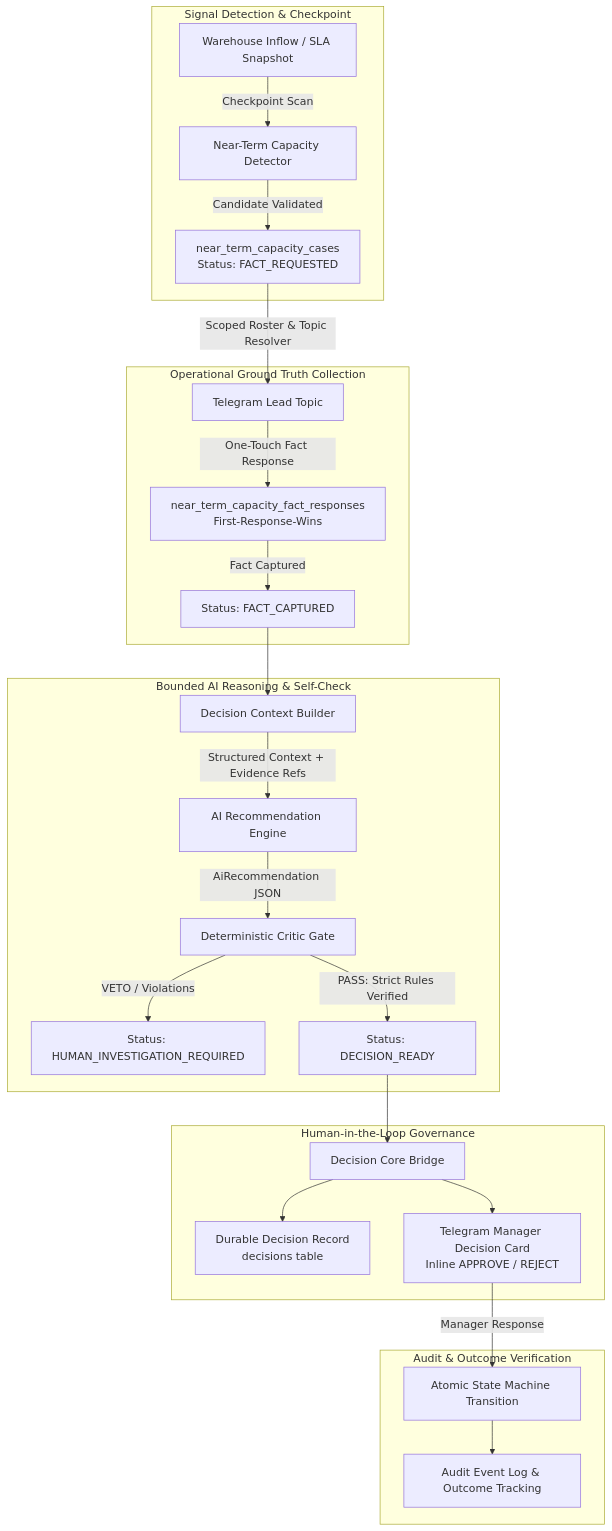
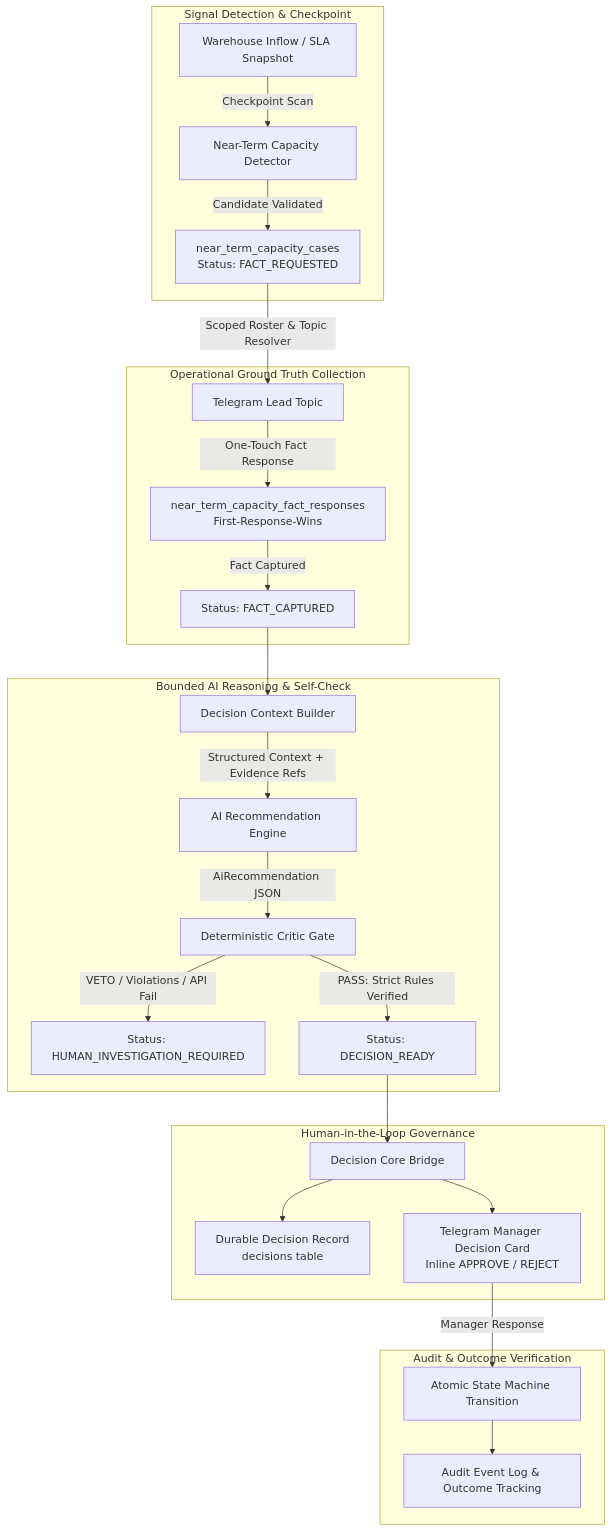
The diagram in docs/level-c/SUBMISSION_EVIDENCE.md (tuanbond93/OpsPilot), drawn with Mermaid before and after one commit. The commit also changed other lines of this file, not shown here.

Commit message:
docs(level-c): update Golden Case Yen Bai real timeline and audit claim ontology

````diff
--- a/docs/level-c/SUBMISSION_EVIDENCE.md
+++ b/docs/level-c/SUBMISSION_EVIDENCE.md
@@ -54,32 +56,32 @@
 ```mermaid
 flowchart TD
     subgraph Signal Detection & Checkpoint
         A[Warehouse Inflow / SLA Snapshot] -->|Checkpoint Scan| B[Near-Term Capacity Detector]
         B -->|Candidate Validated| C[near_term_capacity_cases<br/>Status: FACT_REQUESTED]
     end
 
     subgraph Operational Ground Truth Collection
         C -->|Scoped Roster & Topic Resolver| D[Telegram Lead Topic]
         D -->|One-Touch Fact Response| E[near_term_capacity_fact_responses<br/>First-Response-Wins]
         E -->|Fact Captured| F[Status: FACT_CAPTURED]
     end
 
     subgraph Bounded AI Reasoning & Self-Check
         F --> G[Decision Context Builder]
         G -->|Structured Context + Evidence Refs| H[AI Recommendation Engine]
         H -->|AiRecommendation JSON| I[Deterministic Critic Gate]
-        I -->|VETO / Violations| J[Status: HUMAN_INVESTIGATION_REQUIRED]
+        I -->|VETO / Violations / API Fail| J[Status: HUMAN_INVESTIGATION_REQUIRED]
         I -->|PASS: Strict Rules Verified| K[Status: DECISION_READY]
     end
 
     subgraph Human-in-the-Loop Governance
         K --> L[Decision Core Bridge]
         L --> M[Durable Decision Record<br/>decisions table]
         L --> N[Telegram Manager Decision Card<br/>Inline APPROVE / REJECT]
     end
 
     subgraph Audit & Outcome Verification
         N -->|Manager Response| O[Atomic State Machine Transition]
         O --> P[Audit Event Log & Outcome Tracking]
     end
 ```
````
